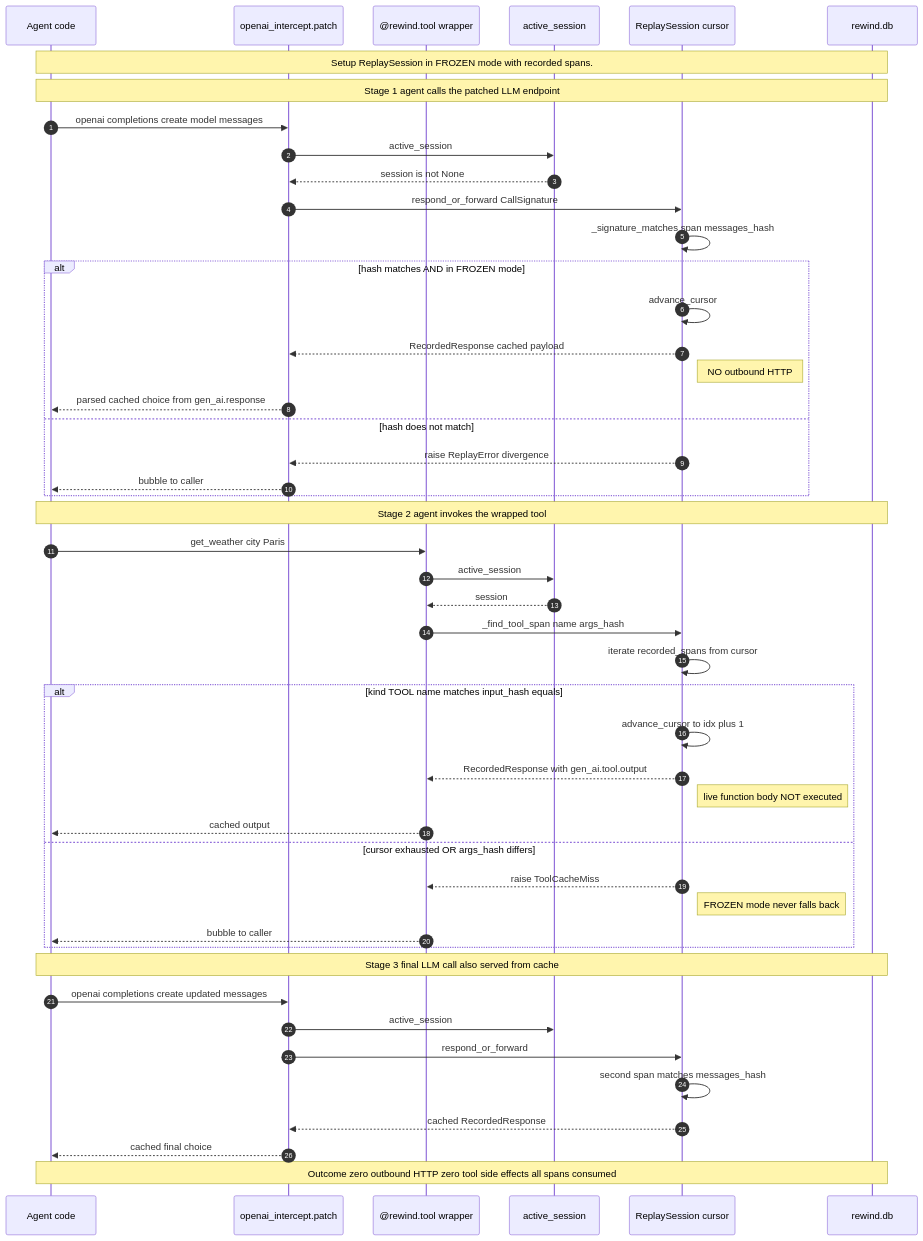
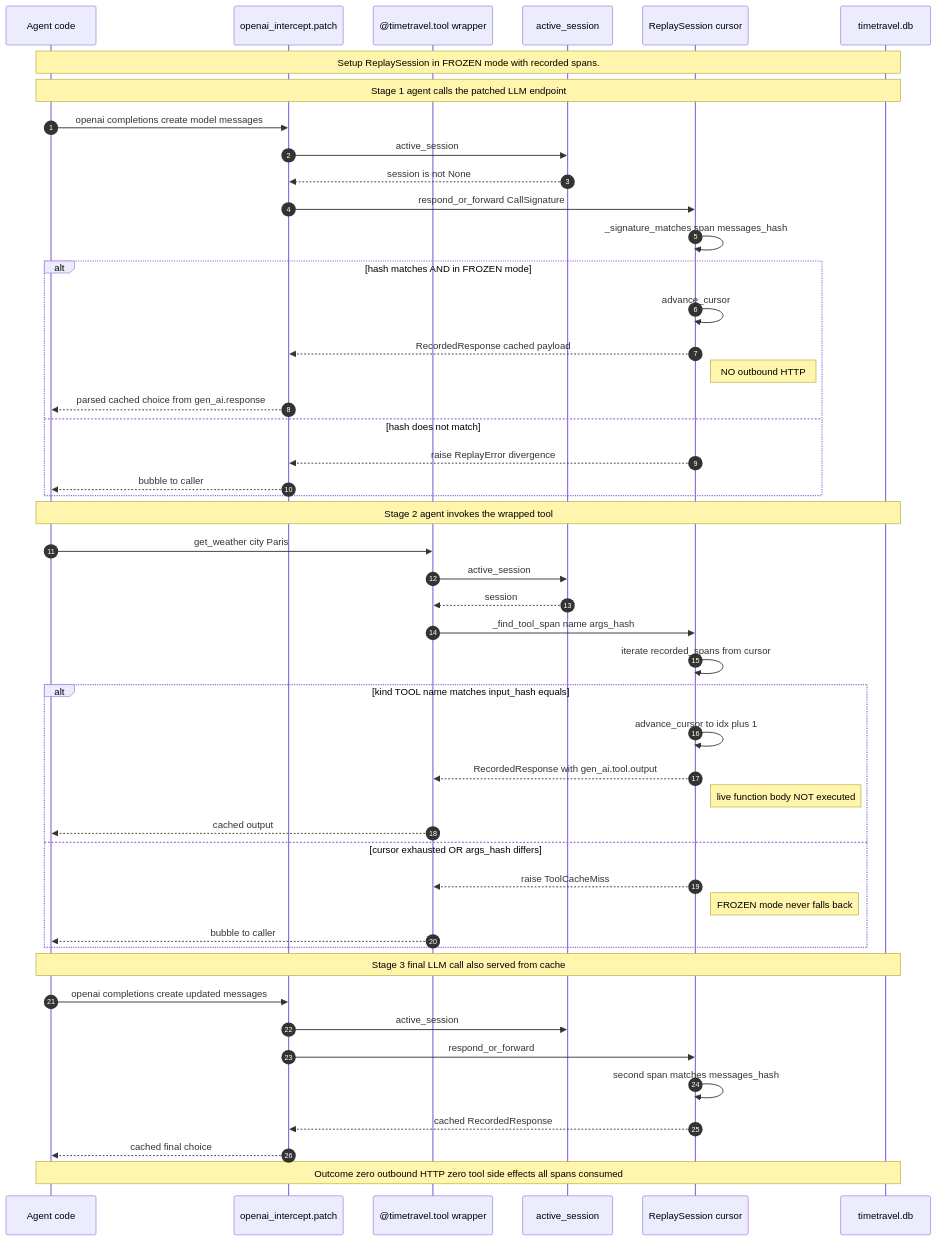
One commit to akshay-mp/Rewind changed the second of 3 diagrams in docs/phases/phase-3.md. Above: the diagram before and after it, drawn with Mermaid. The commit also changed other lines of this file and 244 other files, not shown here.

````diff
--- a/docs/phases/phase-3.md
+++ b/docs/phases/phase-3.md
@@ -169,50 +169,50 @@
 ```mermaid
 sequenceDiagram
     autonumber
     participant A as Agent code
     participant P as openai_intercept.patch
-    participant T as @rewind.tool wrapper
+    participant T as @timetravel.tool wrapper
     participant S as active_session
     participant Cursor as ReplaySession cursor
-    participant DB as rewind.db
+    participant DB as timetravel.db
     Note over A,DB: Setup ReplaySession in FROZEN mode with recorded spans.
     Note over A,DB: Stage 1 agent calls the patched LLM endpoint
     A->>P: openai completions create model messages
     P->>S: active_session
     S-->>P: session is not None
     P->>Cursor: respond_or_forward CallSignature
     Cursor->>Cursor: _signature_matches span messages_hash
     alt hash matches AND in FROZEN mode
         Cursor->>Cursor: advance_cursor
         Cursor-->>P: RecordedResponse cached payload
         Note right of Cursor: NO outbound HTTP
         P-->>A: parsed cached choice from gen_ai.response
     else hash does not match
         Cursor-->>P: raise ReplayError divergence
         P-->>A: bubble to caller
     end
     Note over A,DB: Stage 2 agent invokes the wrapped tool
     A->>T: get_weather city Paris
     T->>S: active_session
     S-->>T: session
     T->>Cursor: _find_tool_span name args_hash
     Cursor->>Cursor: iterate recorded_spans from cursor
     alt kind TOOL name matches input_hash equals
         Cursor->>Cursor: advance_cursor to idx plus 1
         Cursor-->>T: RecordedResponse with gen_ai.tool.output
         Note right of Cursor: live function body NOT executed
         T-->>A: cached output
     else cursor exhausted OR args_hash differs
         Cursor-->>T: raise ToolCacheMiss
         Note right of Cursor: FROZEN mode never falls back
         T-->>A: bubble to caller
     end
     Note over A,DB: Stage 3 final LLM call also served from cache
     A->>P: openai completions create updated messages
     P->>S: active_session
     P->>Cursor: respond_or_forward
     Cursor->>Cursor: second span matches messages_hash
     Cursor-->>P: cached RecordedResponse
     P-->>A: cached final choice
     Note over A,DB: Outcome zero outbound HTTP zero tool side effects all spans consumed
 ```
````
